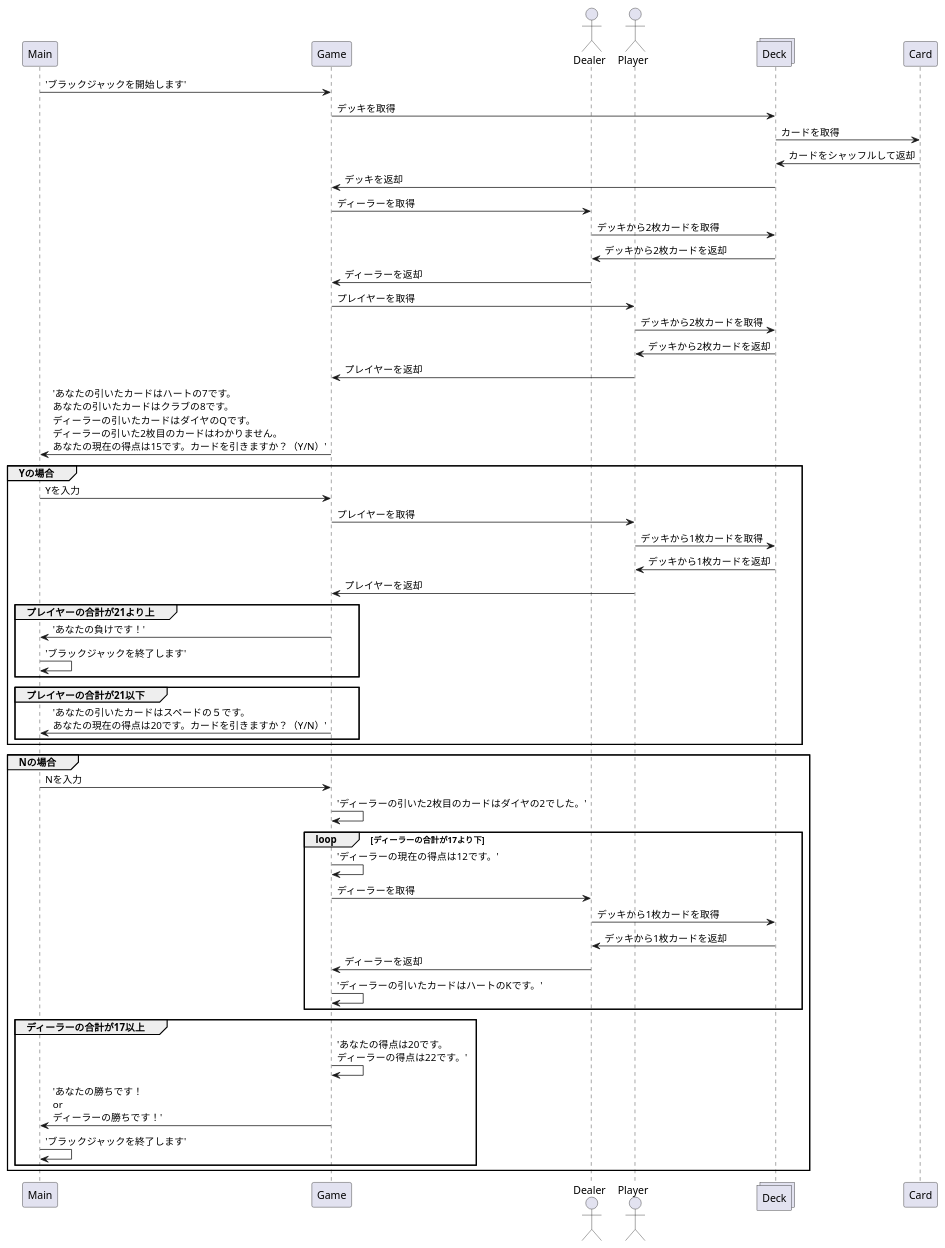
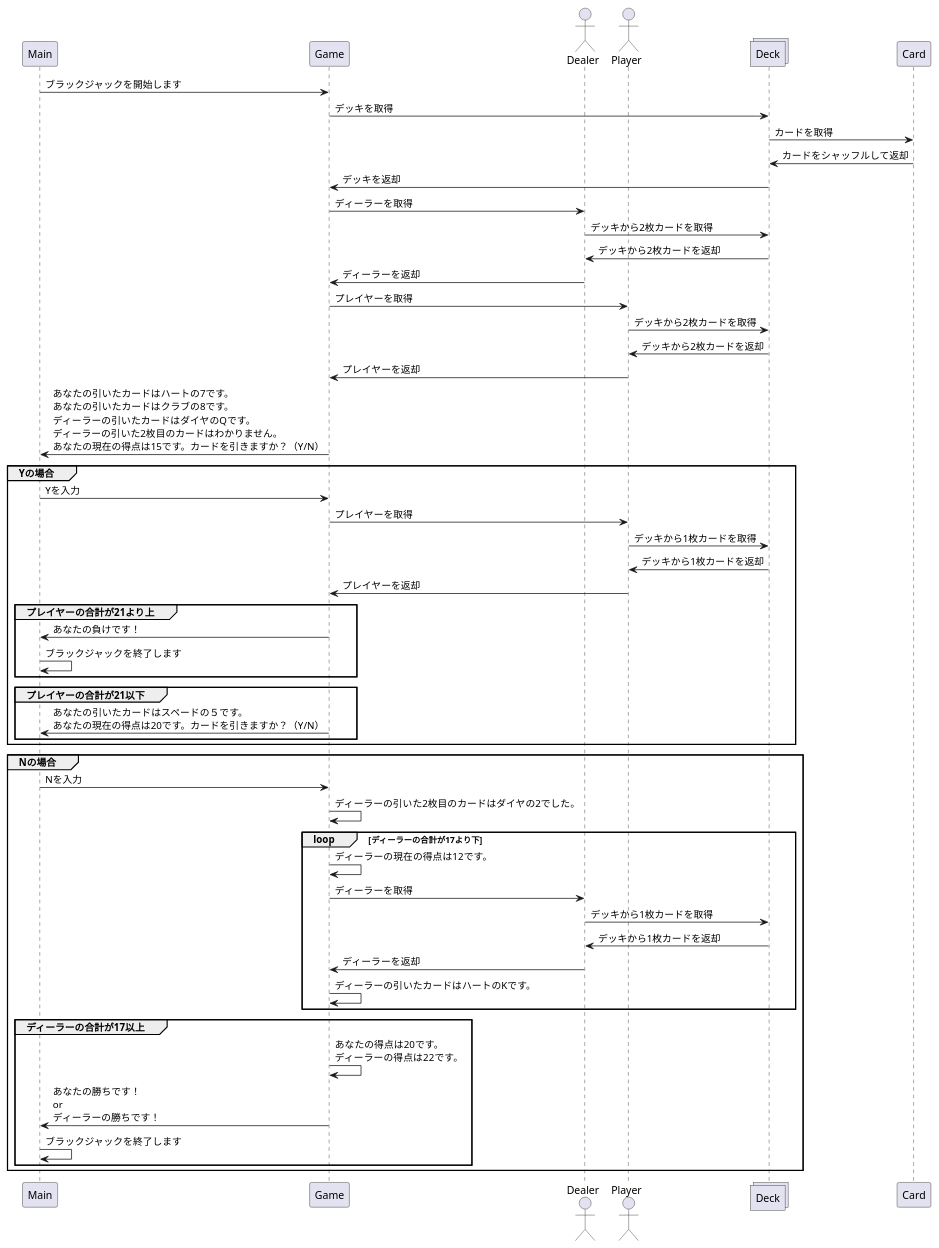
Before and after one commit to RohanKid/BlackJack: the diagram in src/PlantUML/BlackJacksiecanseCase.pu, drawn with PlantUML. The commit also changed 2 other files, not shown here.

```diff
--- a/src/PlantUML/BlackJacksiecanseCase.pu
+++ b/src/PlantUML/BlackJacksiecanseCase.pu
@@ -1,53 +1,53 @@
 @startuml Blackjack
 participant        Main        as Main
 participant        Game        as Game
 actor       Dealer       as Dealer
 actor       Player    as Me
 collections Deck as Deck
 participant        Card        as Card
-Main -> Game : 'ブラックジャックを開始します'
+Main -> Game : ブラックジャックを開始します
 Game -> Deck: デッキを取得
 Deck -> Card: カードを取得
 Card -> Deck: カードをシャッフルして返却
 Deck -> Game: デッキを返却
 Game -> Dealer: ディーラーを取得
 Dealer -> Deck: デッキから2枚カードを取得
 Deck -> Dealer: デッキから2枚カードを返却
 Dealer -> Game: ディーラーを返却
 Game -> Me: プレイヤーを取得
 Me -> Deck: デッキから2枚カードを取得
 Deck -> Me: デッキから2枚カードを返却
 Me -> Game: プレイヤーを返却
-Game -> Main : 'あなたの引いたカードはハートの7です。\nあなたの引いたカードはクラブの8です。\nディーラーの引いたカードはダイヤのQです。\nディーラーの引いた2枚目のカードはわかりません。\nあなたの現在の得点は15です。カードを引きますか？（Y/N）'
+Game -> Main : あなたの引いたカードはハートの7です。\nあなたの引いたカードはクラブの8です。\nディーラーの引いたカードはダイヤのQです。\nディーラーの引いた2枚目のカードはわかりません。\nあなたの現在の得点は15です。カードを引きますか？（Y/N）
 group Yの場合
 Main -> Game : Yを入力
 Game -> Me: プレイヤーを取得
 Me -> Deck: デッキから1枚カードを取得
 Deck -> Me: デッキから1枚カードを返却
 Me -> Game: プレイヤーを返却
   group プレイヤーの合計が21より上
-  Game -> Main :'あなたの負けです！'
-  Main -> Main : 'ブラックジャックを終了します'
+  Game -> Main : あなたの負けです！
+  Main -> Main : ブラックジャックを終了します
   end
   group プレイヤーの合計が21以下
-  Game -> Main :'あなたの引いたカードはスペードの５です。\nあなたの現在の得点は20です。カードを引きますか？（Y/N）'
+  Game -> Main : あなたの引いたカードはスペードの５です。\nあなたの現在の得点は20です。カードを引きますか？（Y/N）
   end
 end
 group Nの場合
 Main -> Game : Nを入力
-Game -> Game :'ディーラーの引いた2枚目のカードはダイヤの2でした。'
+Game -> Game : ディーラーの引いた2枚目のカードはダイヤの2でした。
   loop ディーラーの合計が17より下
-  Game -> Game :'ディーラーの現在の得点は12です。'
+  Game -> Game : ディーラーの現在の得点は12です。
   Game -> Dealer: ディーラーを取得
   Dealer -> Deck: デッキから1枚カードを取得
   Deck -> Dealer: デッキから1枚カードを返却
   Dealer -> Game: ディーラーを返却
-  Game -> Game :'ディーラーの引いたカードはハートのKです。'
+  Game -> Game : ディーラーの引いたカードはハートのKです。
   end
   group ディーラーの合計が17以上
-  Game -> Game :'あなたの得点は20です。\nディーラーの得点は22です。'
-  Game -> Main :'あなたの勝ちです！\nor\nディーラーの勝ちです！'
-  Main -> Main : 'ブラックジャックを終了します'
+  Game -> Game : あなたの得点は20です。\nディーラーの得点は22です。
+  Game -> Main : あなたの勝ちです！\nor\nディーラーの勝ちです！
+  Main -> Main : ブラックジャックを終了します
   end
 end
 @enduml
```
